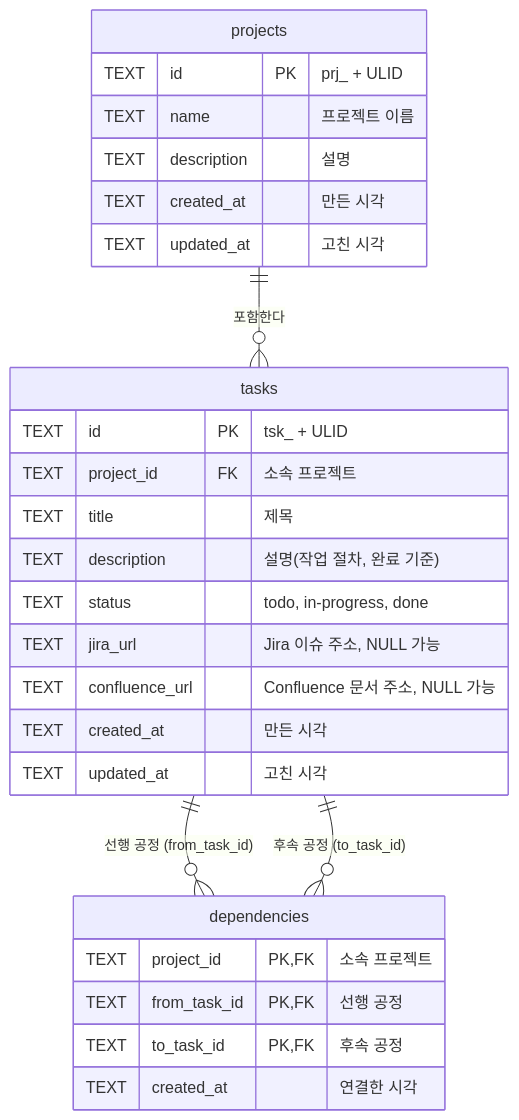
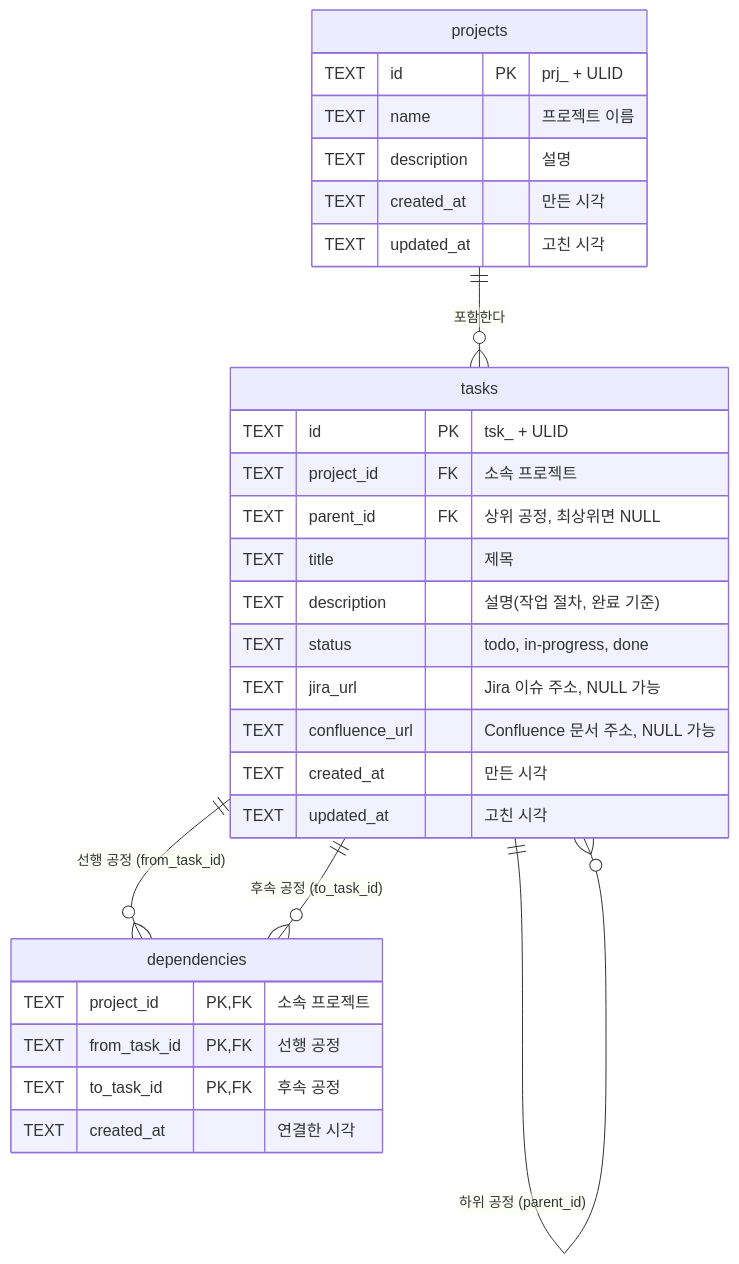
Before and after one commit to soonsm/Tevro: the diagram in Tevro/db-schema.md, drawn with Mermaid. The commit also changed other lines of this file and 27 other files, not shown here.

````diff
--- a/Tevro/db-schema.md
+++ b/Tevro/db-schema.md
@@ -10,33 +11,35 @@
 ```mermaid
 erDiagram
     projects ||--o{ tasks : "포함한다"
+    tasks ||--o{ tasks : "하위 공정 (parent_id)"
     tasks ||--o{ dependencies : "선행 공정 (from_task_id)"
     tasks ||--o{ dependencies : "후속 공정 (to_task_id)"
 
     projects {
         TEXT id PK "prj_ + ULID"
         TEXT name "프로젝트 이름"
         TEXT description "설명"
         TEXT created_at "만든 시각"
         TEXT updated_at "고친 시각"
     }
 
     tasks {
         TEXT id PK "tsk_ + ULID"
         TEXT project_id FK "소속 프로젝트"
+        TEXT parent_id FK "상위 공정, 최상위면 NULL"
         TEXT title "제목"
         TEXT description "설명(작업 절차, 완료 기준)"
         TEXT status "todo, in-progress, done"
         TEXT jira_url "Jira 이슈 주소, NULL 가능"
         TEXT confluence_url "Confluence 문서 주소, NULL 가능"
         TEXT created_at "만든 시각"
         TEXT updated_at "고친 시각"
     }
 
     dependencies {
         TEXT project_id PK, FK "소속 프로젝트"
         TEXT from_task_id PK, FK "선행 공정"
         TEXT to_task_id PK, FK "후속 공정"
         TEXT created_at "연결한 시각"
     }
 ```
````
